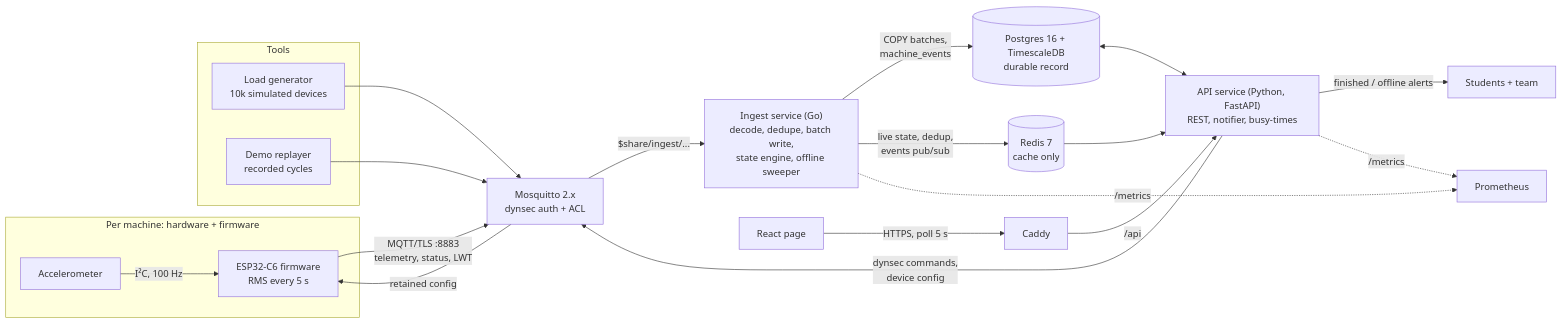
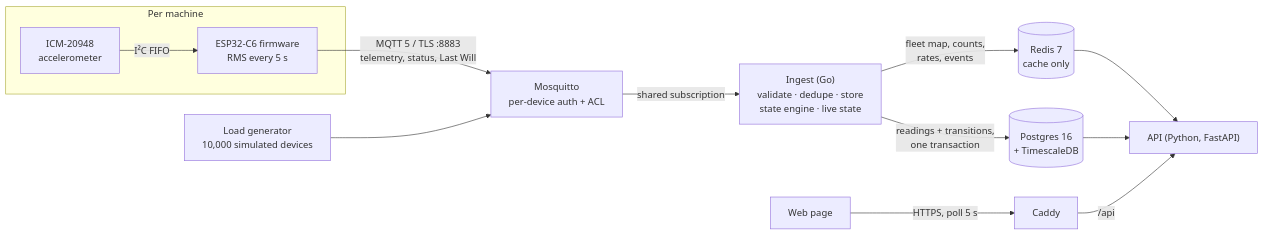
The first of 2 diagrams in README.md (alyfarghali/spincycle), drawn with Mermaid before and after one commit. The commit also changed other lines of this file, not shown here.

````diff
--- a/README.md
+++ b/README.md
@@ -35,25 +47,16 @@
 ```mermaid
 flowchart LR
-    subgraph Device["Per machine: hardware + firmware"]
-        ACC["Accelerometer"] -->|"I²C, 100 Hz"| FW["ESP32-C6 firmware<br/>RMS every 5 s"]
+    subgraph Device["Per machine"]
+        ACC["ICM-20948<br/>accelerometer"] -->|"I²C FIFO"| FW["ESP32-C6 firmware<br/>RMS every 5 s"]
     end
-    subgraph Tools["Tools"]
-        LG["Load generator<br/>10k simulated devices"]
-        DM["Demo replayer<br/>recorded cycles"]
-    end
-    FW -->|"MQTT/TLS :8883<br/>telemetry, status, LWT"| MQ["Mosquitto 2.x<br/>dynsec auth + ACL"]
-    MQ -->|"retained config"| FW
+    LG["Load generator<br/>10,000 simulated devices"]
+    FW -->|"MQTT 5 / TLS :8883<br/>telemetry, status, Last Will"| MQ["Mosquitto<br/>per-device auth + ACL"]
     LG --> MQ
-    DM --> MQ
-    MQ -->|"$share/ingest/..."| ING["Ingest service (Go)<br/>decode, dedupe, batch write,<br/>state engine, offline sweeper"]
-    ING -->|"COPY batches,<br/>machine_events"| PG[("Postgres 16 + TimescaleDB<br/>durable record")]
-    ING -->|"live state, dedup,<br/>events pub/sub"| RD[("Redis 7<br/>cache only")]
-    RD --> API["API service (Python, FastAPI)<br/>REST, notifier, busy-times"]
-    PG <--> API
-    API -->|"dynsec commands,<br/>device config"| MQ
-    WEB["React page"] -->|"HTTPS, poll 5 s"| CAD["Caddy"]
+    MQ -->|"shared subscription"| ING["Ingest (Go)<br/>validate · dedupe · store<br/>state engine · live state"]
+    ING -->|"readings + transitions,<br/>one transaction"| PG[("Postgres 16<br/>+ TimescaleDB")]
+    ING -->|"fleet map, counts,<br/>rates, events"| RD[("Redis 7<br/>cache only")]
+    RD --> API["API (Python, FastAPI)"]
+    PG --> API
+    WEB["Web page"] -->|"HTTPS, poll 5 s"| CAD["Caddy"]
     CAD -->|"/api"| API
-    API -->|"finished / offline alerts"| USR["Students + team"]
-    ING -.->|"/metrics"| PROM["Prometheus"]
-    API -.->|"/metrics"| PROM
 ```
````
